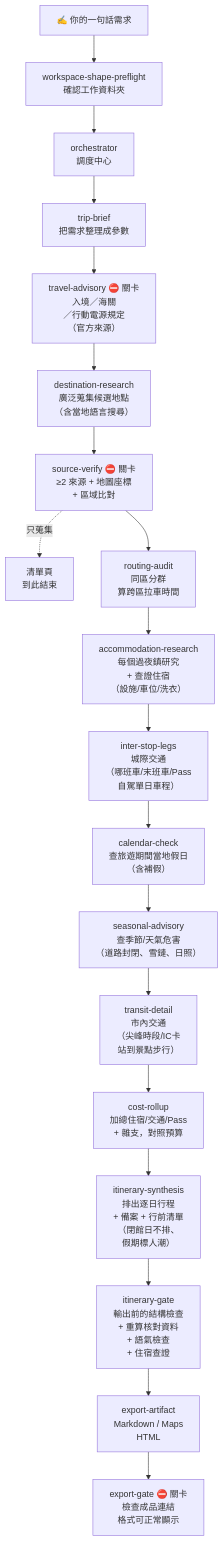
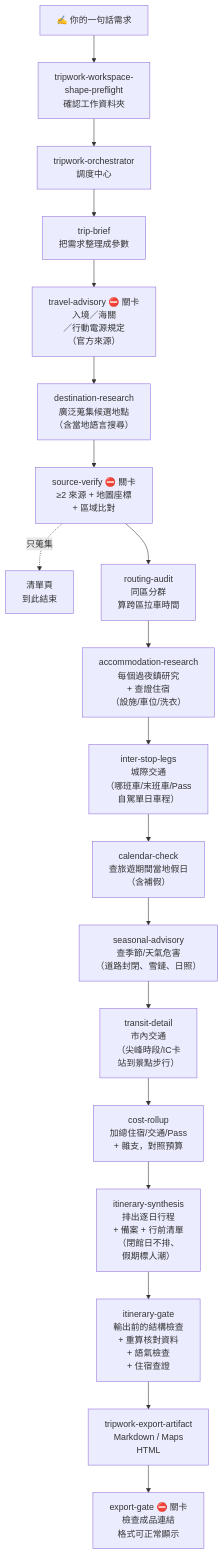
The diagram in README.md (helping-ai-workflow/tripwork), drawn with Mermaid before and after one commit. The commit also changed other lines of this file and 50 other files, not shown here.

````diff
--- a/README.md
+++ b/README.md
@@ -298,23 +298,23 @@
 ```mermaid
 %%{init: {'flowchart':{'htmlLabels':true}}}%%
 flowchart TB
     P["✍️ 你的一句話需求"]
-    P --> WSP["workspace-shape-preflight<br/>確認工作資料夾"]
-    WSP --> ORC["orchestrator<br/>調度中心"]
+    P --> WSP["tripwork-workspace-<br/>shape-preflight<br/>確認工作資料夾"]
+    WSP --> ORC["tripwork-orchestrator<br/>調度中心"]
     ORC --> TB["trip-brief<br/>把需求整理成參數"]
     TB --> ADV["travel-advisory ⛔ 關卡<br/>入境／海關<br/>／行動電源規定<br/>（官方來源）"]
     ADV --> DR["destination-research<br/>廣泛蒐集候選地點<br/>（含當地語言搜尋）"]
     DR --> SV["source-verify ⛔ 關卡<br/>≥2 來源 + 地圖座標<br/>+ 區域比對"]
     SV -. 只蒐集 .-> LIST["清單頁<br/>到此結束"]
     SV --> RA["routing-audit<br/>同區分群<br/>算跨區拉車時間"]
     RA --> ACC["accommodation-research<br/>每個過夜鎮研究<br/>+ 查證住宿<br/>（設施/車位/洗衣）"]
     ACC --> LEG["inter-stop-legs<br/>城際交通<br/>（哪班車/末班車/Pass<br/>自駕單日車程）"]
     LEG --> CAL["calendar-check<br/>查旅遊期間當地假日<br/>（含補假）"]
     CAL --> SEA["seasonal-advisory<br/>查季節/天氣危害<br/>（道路封閉、雪鏈、日照）"]
     SEA --> TRN["transit-detail<br/>市內交通<br/>（尖峰時段/IC卡<br/>站到景點步行）"]
     TRN --> COST["cost-rollup<br/>加總住宿/交通/Pass<br/>+ 雜支，對照預算"]
     COST --> SYN["itinerary-synthesis<br/>排出逐日行程<br/>+ 備案 + 行前清單<br/>（閉館日不排、<br/>假期標人潮）"]
     SYN --> GATE["itinerary-gate<br/>輸出前的結構檢查<br/>+ 重算核對資料<br/>+ 語氣檢查<br/>+ 住宿查證"]
-    GATE --> EXP["export-artifact<br/>Markdown / Maps<br/>HTML"]
+    GATE --> EXP["tripwork-export-artifact<br/>Markdown / Maps<br/>HTML"]
     EXP --> EGATE["export-gate ⛔ 關卡<br/>檢查成品連結<br/>格式可正常顯示"]
 ```
````
